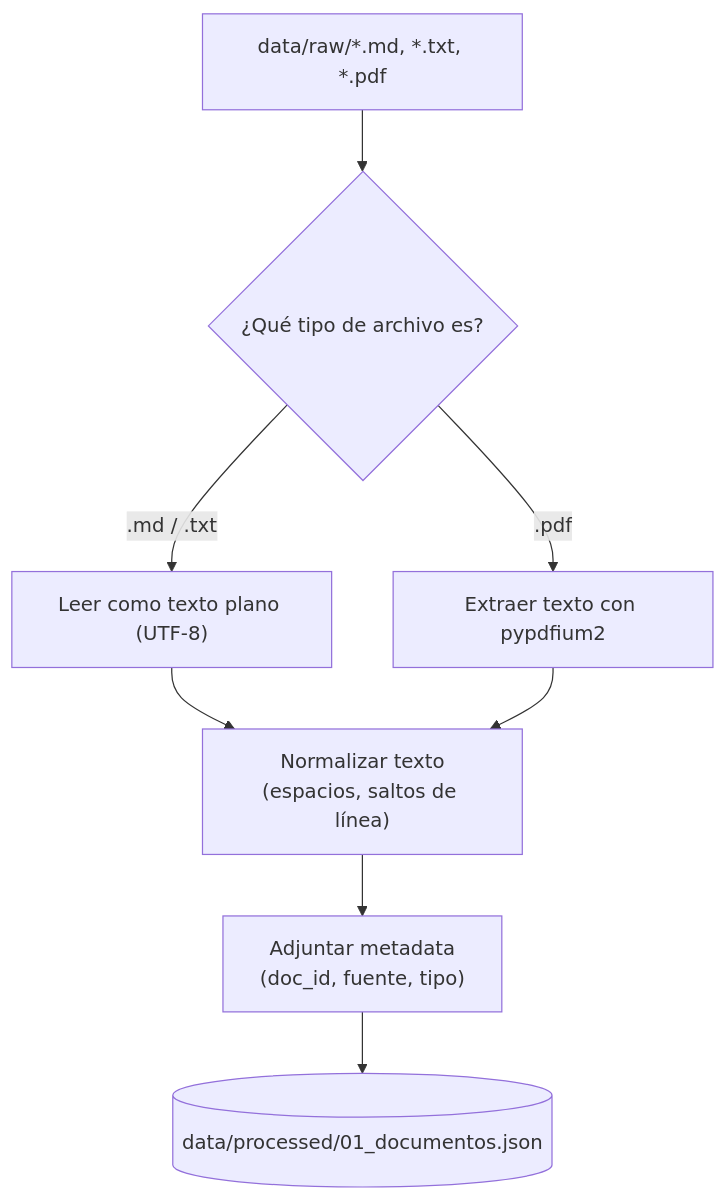
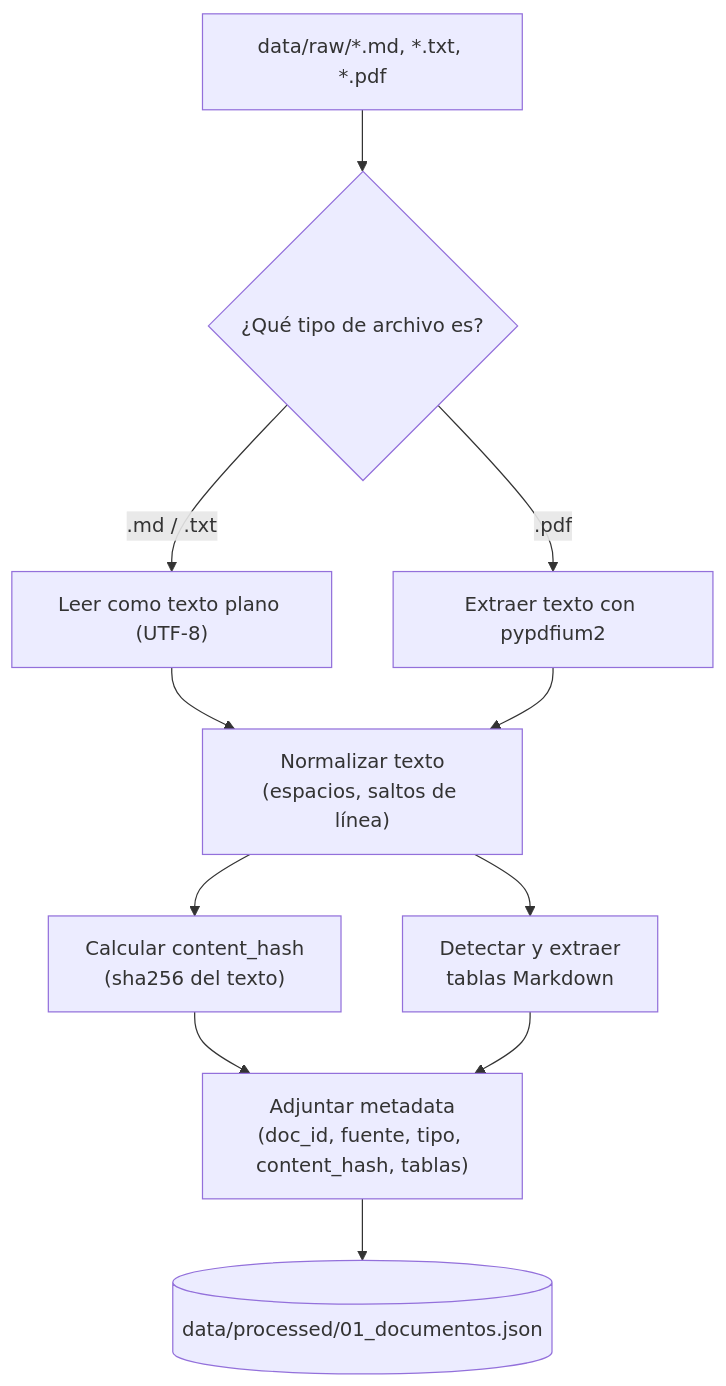
The diagram in 01_ingesta_documentos/README.md (Keniding/rag-course), drawn with Mermaid before and after one commit. The commit also changed other lines of this file and 10 other files, not shown here.

````diff
--- a/01_ingesta_documentos/README.md
+++ b/01_ingesta_documentos/README.md
@@ -15,10 +15,13 @@
 ```mermaid
 flowchart TD
     A["data/raw/*.md, *.txt, *.pdf"] --> B{"¿Qué tipo de archivo es?"}
     B -->|".md / .txt"| C["Leer como texto plano (UTF-8)"]
     B -->|".pdf"| D["Extraer texto con pypdfium2"]
     C --> E["Normalizar texto\n(espacios, saltos de línea)"]
     D --> E
-    E --> F["Adjuntar metadata\n(doc_id, fuente, tipo)"]
+    E --> H["Calcular content_hash\n(sha256 del texto)"]
+    E --> I["Detectar y extraer\ntablas Markdown"]
+    H --> F["Adjuntar metadata\n(doc_id, fuente, tipo, content_hash, tablas)"]
+    I --> F
     F --> G[("data/processed/01_documentos.json")]
 ```
````
